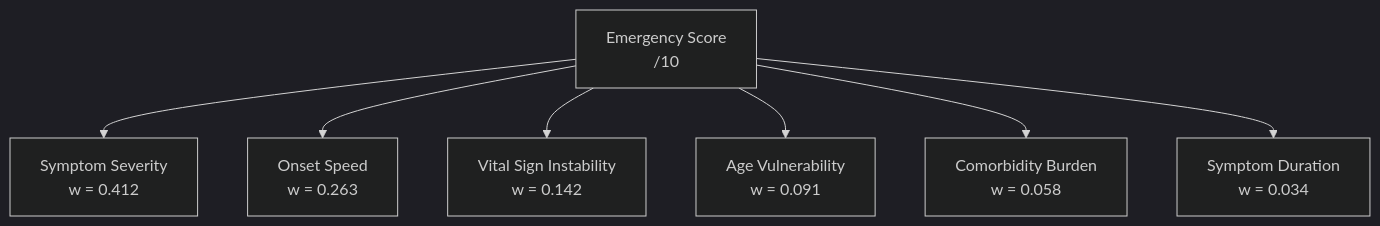
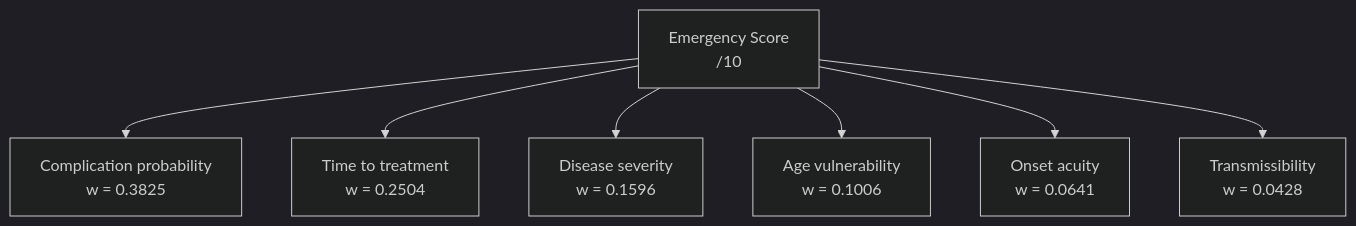
The fourth of 8 diagrams in docs/RULE_ENGINE_DESIGN_FINAL.md (Rishii-10/GMU), drawn with Mermaid (dark theme) before and after one commit. The commit also changed other lines of this file and 30 other files, not shown here.

````diff
--- a/docs/RULE_ENGINE_DESIGN_FINAL.md
+++ b/docs/RULE_ENGINE_DESIGN_FINAL.md
@@ -189,17 +202,17 @@
 ```mermaid
 graph TD
     ROOT["Emergency Score\n/10"]
-    A1["Symptom Severity\nw = 0.412"]
-    A2["Onset Speed\nw = 0.263"]
-    A3["Vital Sign Instability\nw = 0.142"]
-    A4["Age Vulnerability\nw = 0.091"]
-    A5["Comorbidity Burden\nw = 0.058"]
-    A6["Symptom Duration\nw = 0.034"]
+    A1["Complication probability\nw = 0.3825"]
+    A2["Time to treatment\nw = 0.2504"]
+    A3["Disease severity\nw = 0.1596"]
+    A4["Age vulnerability\nw = 0.1006"]
+    A5["Onset acuity\nw = 0.0641"]
+    A6["Transmissibility\nw = 0.0428"]
 
     ROOT --> A1
     ROOT --> A2
     ROOT --> A3
     ROOT --> A4
     ROOT --> A5
     ROOT --> A6
 ```
````
